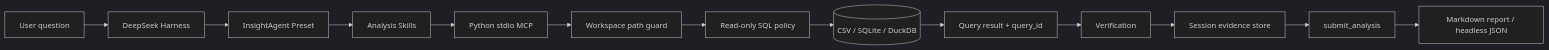
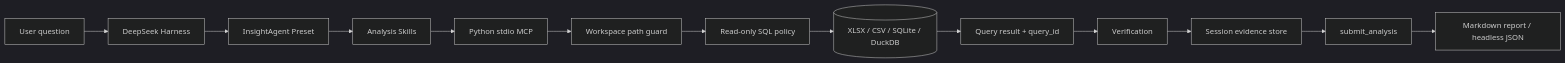
Before and after one commit to szsdsk/dsh-insight-agent: the diagram in README.md, drawn with Mermaid (dark theme). The commit also changed other lines of this file and 21 other files, not shown here.

````diff
--- a/README.md
+++ b/README.md
@@ -26,15 +28,15 @@
 ```mermaid
 flowchart LR
     U[User question] --> H[DeepSeek Harness]
     H --> P[InsightAgent Preset]
     P --> K[Analysis Skills]
     K --> M[Python stdio MCP]
     M --> G[Workspace path guard]
     G --> Q[Read-only SQL policy]
-    Q --> D[(CSV / SQLite / DuckDB)]
+    Q --> D[(XLSX / CSV / SQLite / DuckDB)]
     D --> R[Query result + query_id]
     R --> V[Verification]
     V --> E[Session evidence store]
     E --> S[submit_analysis]
     S --> O[Markdown report / headless JSON]
 ```
````
